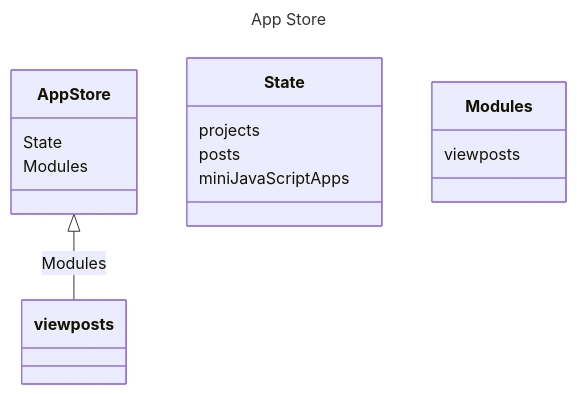
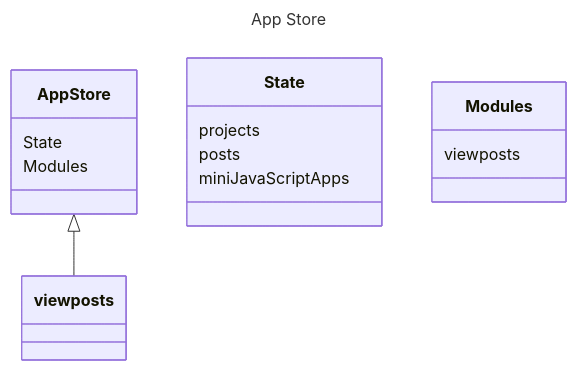
The first of 2 diagrams in README.md (f2xiao/site), drawn with Mermaid before and after one commit.

````diff
--- a/README.md
+++ b/README.md
@@ -7,15 +7,15 @@
 ```mermaid
 ---
 title: App Store
 ---
 classDiagram
-  App Store <|-- viewposts : Modules
+  App Store <|-- viewposts
   App Store : State
   App Store : Modules
   class State
   State : projects
   State : posts
   State : miniJavaScriptApps
   class Modules
   Modules : viewposts
 ```
````
